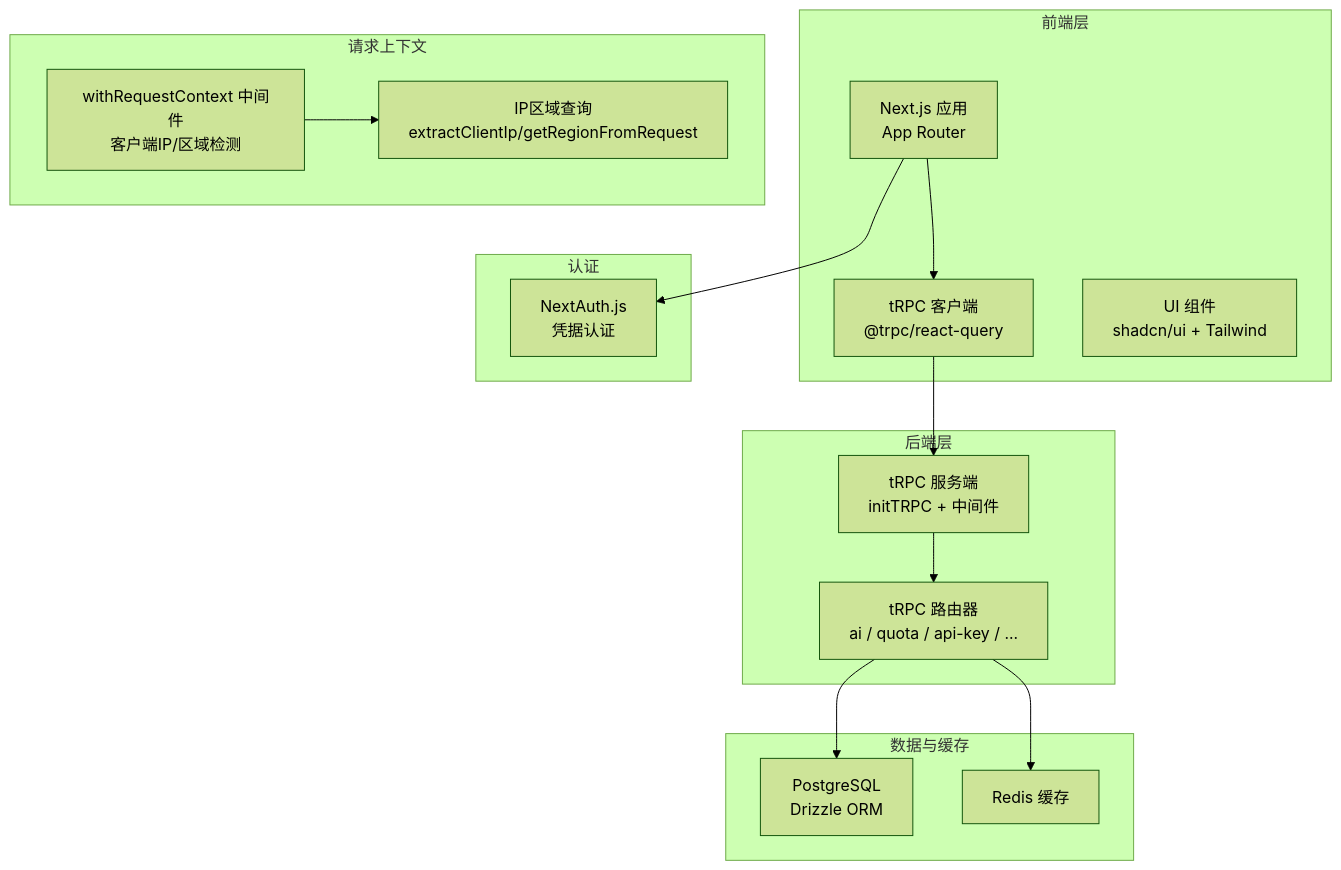
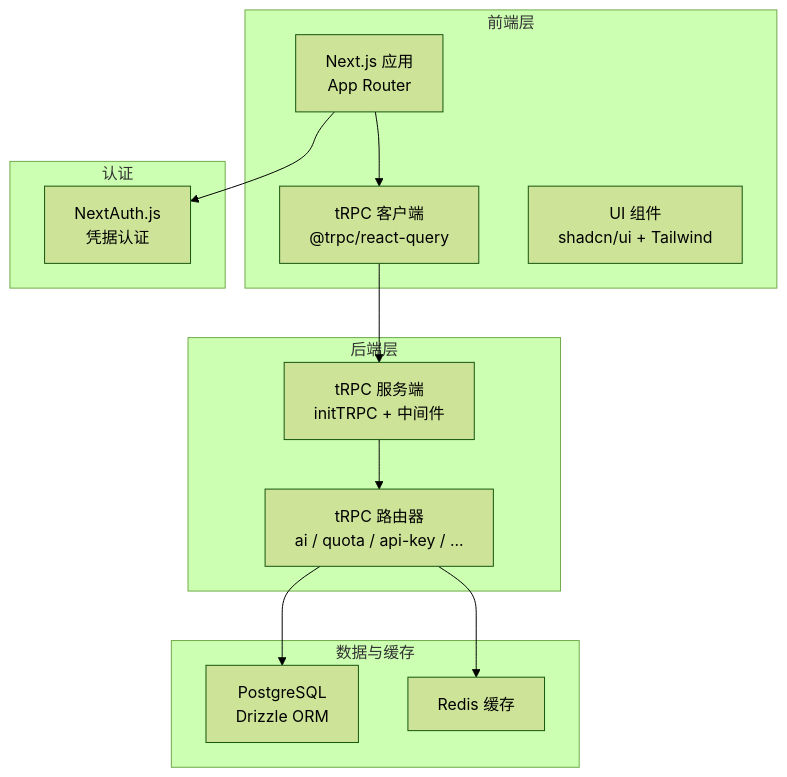
Before and after one commit to RadiumAg/AIGate: the first of 11 diagrams in .qoder/repowiki/zh/content/架构设计/架构设计.md, drawn with Mermaid (forest theme). The commit also changed other lines of this file and 21 other files, not shown here.

````diff
--- a/.qoder/repowiki/zh/content/架构设计/架构设计.md
+++ b/.qoder/repowiki/zh/content/架构设计/架构设计.md
@@ -61,30 +46,25 @@
 ```mermaid
 graph TB
 subgraph "前端层"
 FE_Next["Next.js 应用<br/>App Router"]
 FE_TRPC_Client["tRPC 客户端<br/>@trpc/react-query"]
 FE_UI["UI 组件<br/>shadcn/ui + Tailwind"]
 end
 subgraph "后端层"
 BE_tRPC_Server["tRPC 服务端<br/>initTRPC + 中间件"]
 BE_Routers["tRPC 路由器<br/>ai / quota / api-key / ..."]
 end
 subgraph "数据与缓存"
 DA_DB["PostgreSQL<br/>Drizzle ORM"]
 DA_Redis["Redis 缓存"]
 end
 subgraph "认证"
 AU_NextAuth["NextAuth.js<br/>凭据认证"]
 end
-subgraph "请求上下文"
-RC_Middleware["withRequestContext 中间件<br/>客户端IP/区域检测"]
-RC_IPRegion["IP区域查询<br/>extractClientIp/getRegionFromRequest"]
-end
 FE_Next --> FE_TRPC_Client
 FE_TRPC_Client --> BE_tRPC_Server
 BE_tRPC_Server --> BE_Routers
 BE_Routers --> DA_DB
 BE_Routers --> DA_Redis
 FE_Next --> AU_NextAuth
-RC_Middleware --> RC_IPRegion
 ```
````
